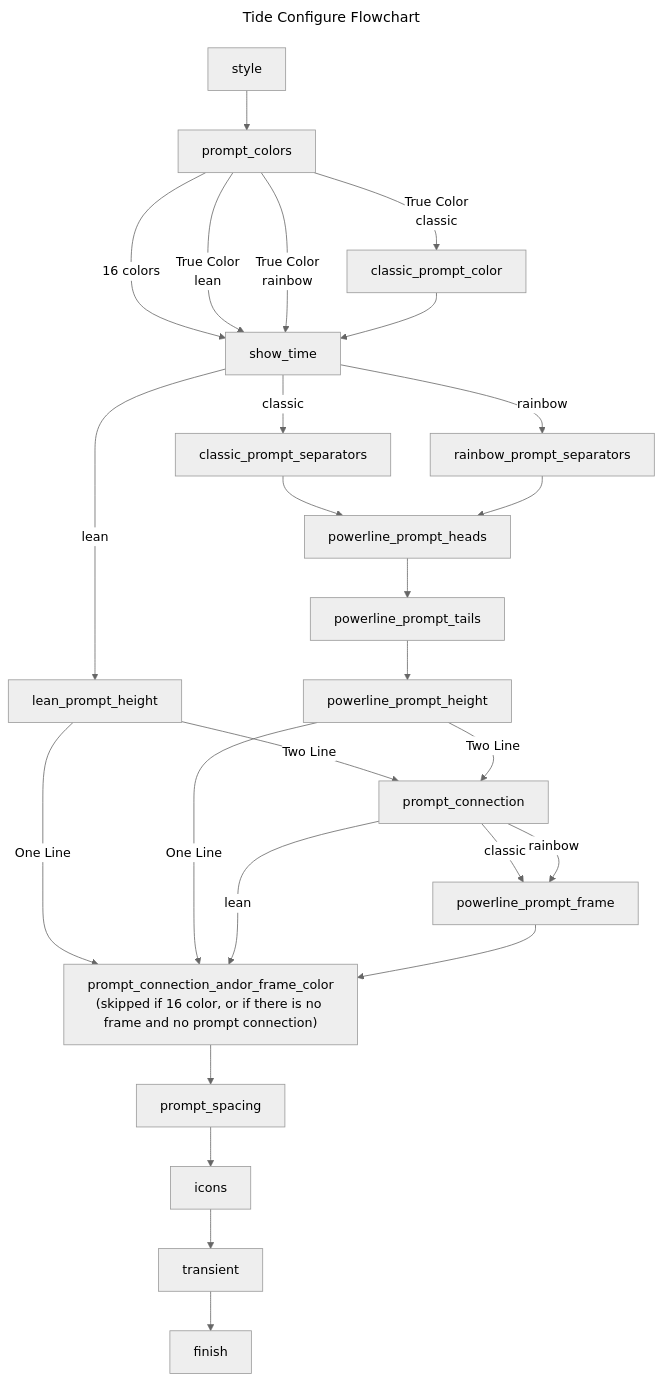
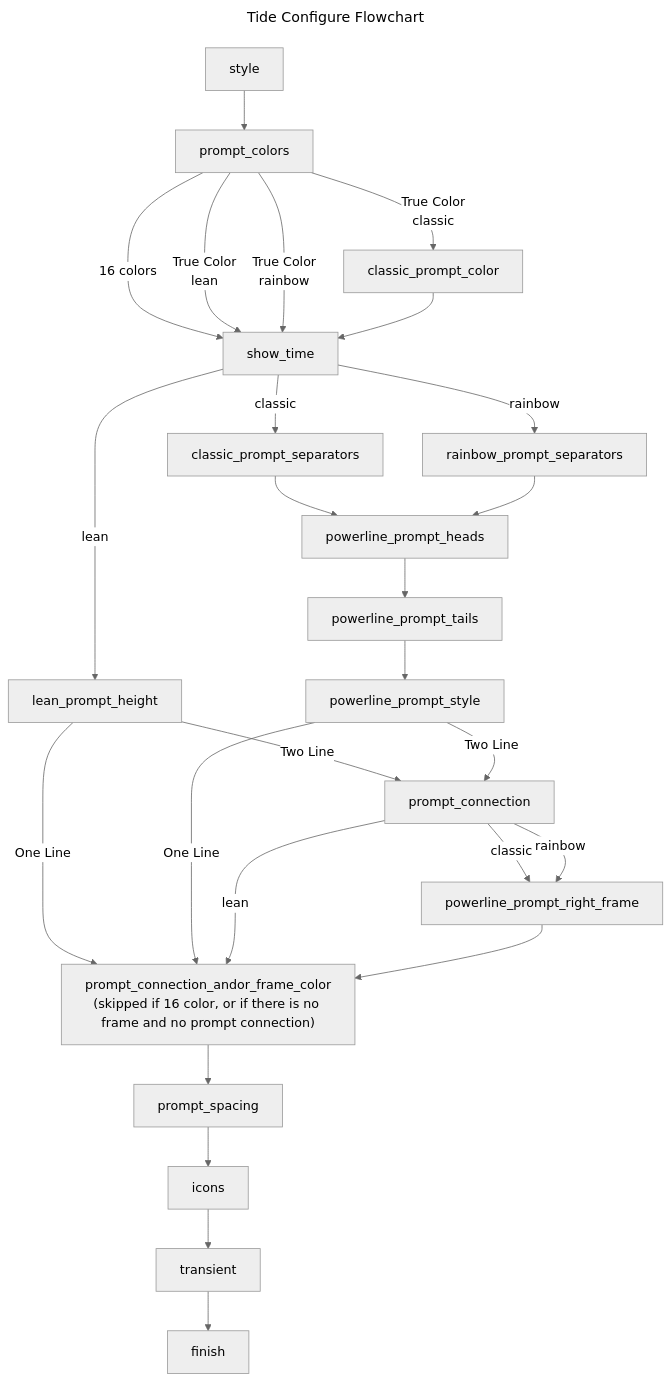
The diagram in ARCHITECTURE.md (IlanCosman/tide), drawn with Mermaid (neutral theme) before and after one commit. The commit also changed 6 other files, not shown here.

Commit message:
Add frame and character powerline option

````diff
--- a/ARCHITECTURE.md
+++ b/ARCHITECTURE.md
@@ -1,48 +1,48 @@
 ```mermaid
 ---
 title: Tide Configure Flowchart
 ---
 flowchart TD
 
 prompt_connection_andor_frame_color["prompt_connection_andor_frame_color
 (skipped if 16 color, or if there is no frame and no prompt connection)"]
 
 Style[style] --> prompt_colors
 
 prompt_colors -- "16 colors" --> show_time
 prompt_colors -- "True Color \n lean" --> show_time
 prompt_colors -- "True Color \n rainbow" --> show_time
 prompt_colors -- "True Color \n classic" --> classic_prompt_color
 
 classic_prompt_color --> show_time
 
 show_time -- "lean" --> lean_prompt_height
 show_time -- "classic" --> classic_prompt_separators
 show_time -- "rainbow" --> rainbow_prompt_separators
 
 lean_prompt_height -- "One Line" --> prompt_connection_andor_frame_color
 lean_prompt_height -- "Two Line" --> prompt_connection
 
 classic_prompt_separators --> powerline_prompt_heads
 rainbow_prompt_separators --> powerline_prompt_heads
 
 powerline_prompt_heads --> powerline_prompt_tails
-powerline_prompt_tails --> powerline_prompt_height
+powerline_prompt_tails --> powerline_prompt_style
 
-powerline_prompt_height -- "One Line" --> prompt_connection_andor_frame_color
-powerline_prompt_height -- "Two Line" --> prompt_connection
+powerline_prompt_style -- "One Line" --> prompt_connection_andor_frame_color
+powerline_prompt_style -- "Two Line" --> prompt_connection
 
 prompt_connection -- "lean" --> prompt_connection_andor_frame_color
-prompt_connection -- "classic" --> powerline_prompt_frame
-prompt_connection -- "rainbow" --> powerline_prompt_frame
+prompt_connection -- "classic" --> powerline_prompt_right_frame
+prompt_connection -- "rainbow" --> powerline_prompt_right_frame
 
-powerline_prompt_frame --> prompt_connection_andor_frame_color
+powerline_prompt_right_frame --> prompt_connection_andor_frame_color
 
 prompt_connection_andor_frame_color --> prompt_spacing
 
 prompt_spacing --> icons
 
 icons --> transient
 
 transient --> finish
 ```
````
